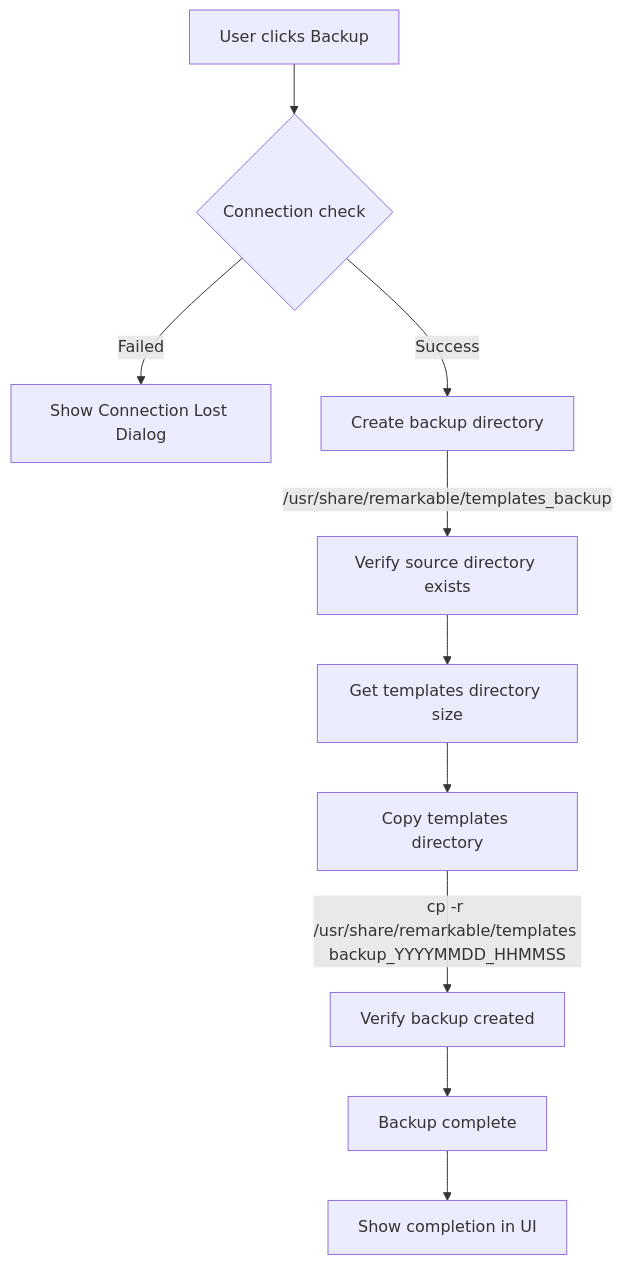
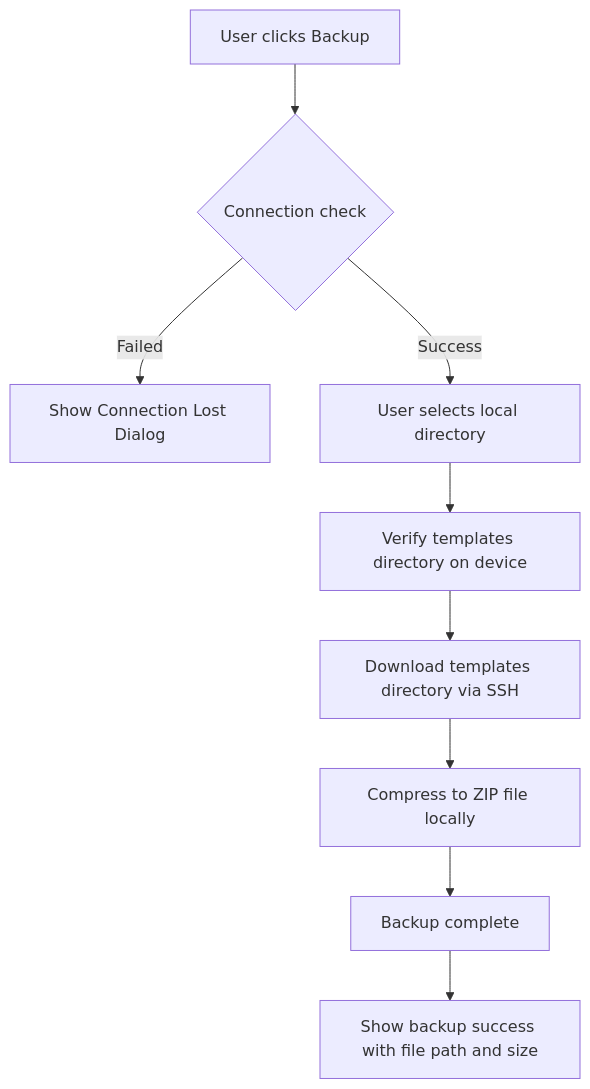
Before and after one commit to TheBabaYaga/remarkable-template-manager: the second of 4 diagrams in README.md, drawn with Mermaid. The commit also changed other lines of this file and 22 other files, not shown here.

````diff
--- a/README.md
+++ b/README.md
@@ -334,12 +368,11 @@
 ```mermaid
 flowchart TD
     Start[User clicks Backup] --> CheckConn{Connection check}
     CheckConn -->|Failed| ShowError[Show Connection Lost Dialog]
-    CheckConn -->|Success| CreateDir[Create backup directory]
-    CreateDir -->|/usr/share/remarkable/templates_backup| VerifySource[Verify source directory exists]
-    VerifySource --> GetSize[Get templates directory size]
-    GetSize --> Copy[Copy templates directory]
-    Copy -->|cp -r /usr/share/remarkable/templates backup_YYYYMMDD_HHMMSS| VerifyBackup[Verify backup created]
-    VerifyBackup --> Success[Backup complete]
-    Success --> ShowProgress[Show completion in UI]
+    CheckConn -->|Success| SelectDir[User selects local directory]
+    SelectDir --> VerifySource[Verify templates directory on device]
+    VerifySource --> Download[Download templates directory via SSH]
+    Download --> Compress[Compress to ZIP file locally]
+    Compress --> Success[Backup complete]
+    Success --> ShowDialog[Show backup success with file path and size]
 ```
````
